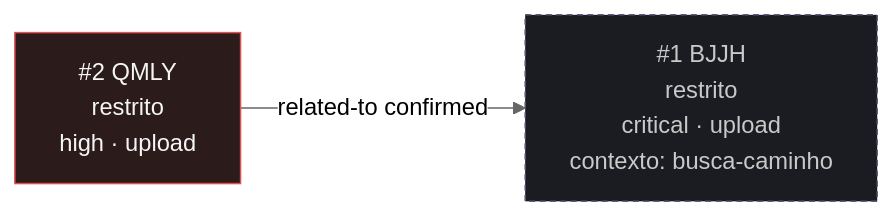
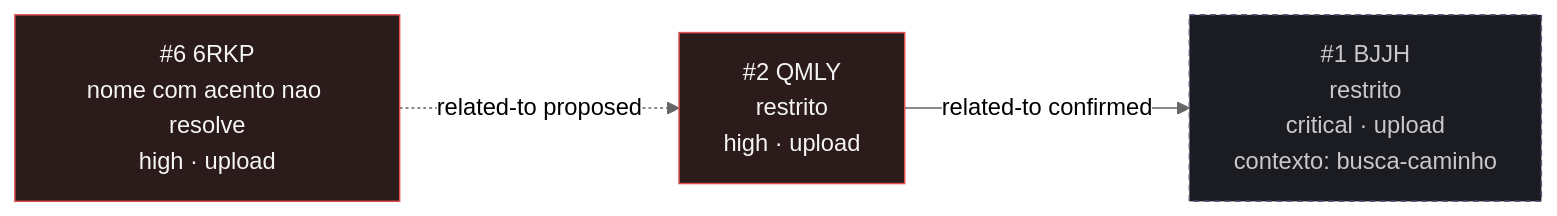
Before and after one commit to Adriano1976/reversa-analisador-genealogico: the diagram in _reversa_bugs/upload-gedcom/generated/graph.md, drawn with Mermaid (neutral theme). The commit also changed other lines of this file and 17 other files, not shown here.

Commit message:
chore(bugs): registra e aplica a mitigacao do nome com acento

````diff
--- a/_reversa_bugs/upload-gedcom/generated/graph.md
+++ b/_reversa_bugs/upload-gedcom/generated/graph.md
@@ -5,8 +5,11 @@
 ```mermaid
 graph LR
+  SIX["#6 6RKP<br/>nome com acento nao resolve<br/>high · upload"]
+  style SIX fill:#2b1b1b,stroke:#e05252,color:#f5f5f5
   QMLY["#2 QMLY<br/>restrito<br/>high · upload"]
   style QMLY fill:#2b1b1b,stroke:#e05252,color:#f5f5f5
   BJJH["#1 BJJH<br/>restrito<br/>critical · upload<br/>contexto: busca-caminho"]
   style BJJH fill:#1b1b22,stroke:#5a5a7a,color:#c9c9c9,stroke-dasharray:4 3
+  SIX -.->|related-to proposed| QMLY
   QMLY -->|related-to confirmed| BJJH
 ```
````
